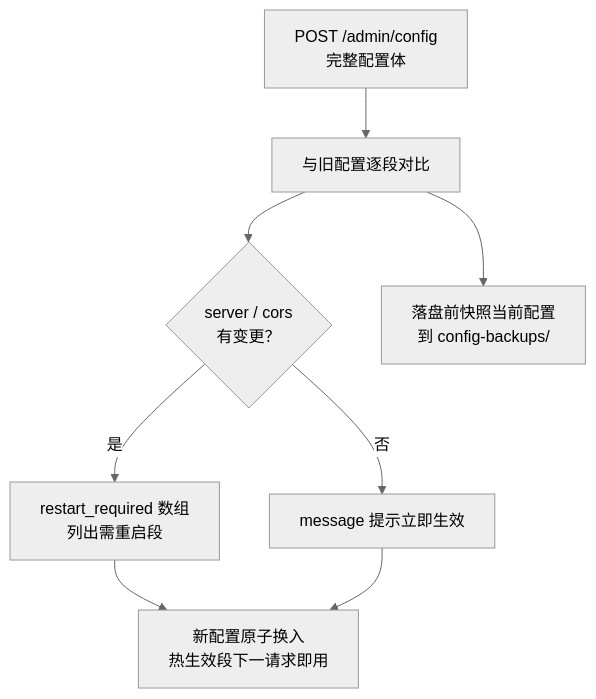
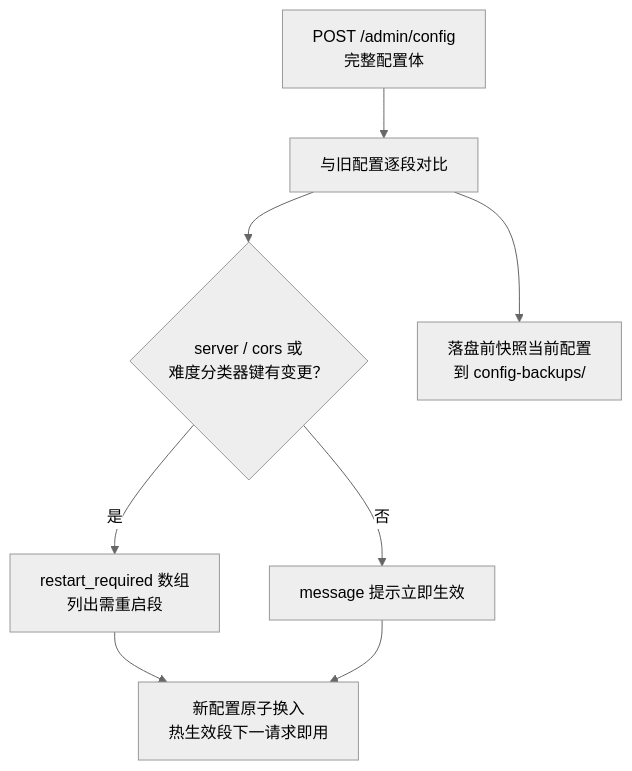
Before and after one commit to Kirky-X/fluxgate: the third of 4 diagrams in docs/USER_GUIDE.md, drawn with Mermaid (neutral theme). The commit also changed other lines of this file and 6 other files, not shown here.

First line of the commit message:
docs: end_time 已修复文档闭环 + 性能基线入库（路线图归零）

````diff
--- a/docs/USER_GUIDE.md
+++ b/docs/USER_GUIDE.md
@@ -506,10 +509,10 @@
 ```mermaid
 flowchart TB
     A["POST /admin/config<br/>完整配置体"] --> B["与旧配置逐段对比"]
-    B --> C{"server / cors<br/>有变更？"}
+    B --> C{"server / cors 或<br/>难度分类器键有变更？"}
     C -->|是| D["restart_required 数组<br/>列出需重启段"]
     C -->|否| E["message 提示立即生效"]
     B --> F["落盘前快照当前配置<br/>到 config-backups/"]
     D --> G["新配置原子换入<br/>热生效段下一请求即用"]
     E --> G
 ```
````
